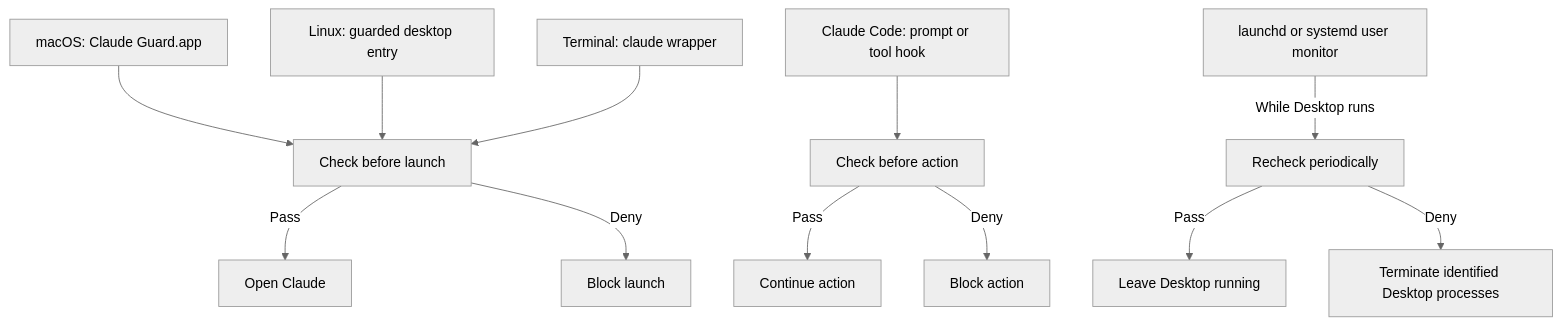
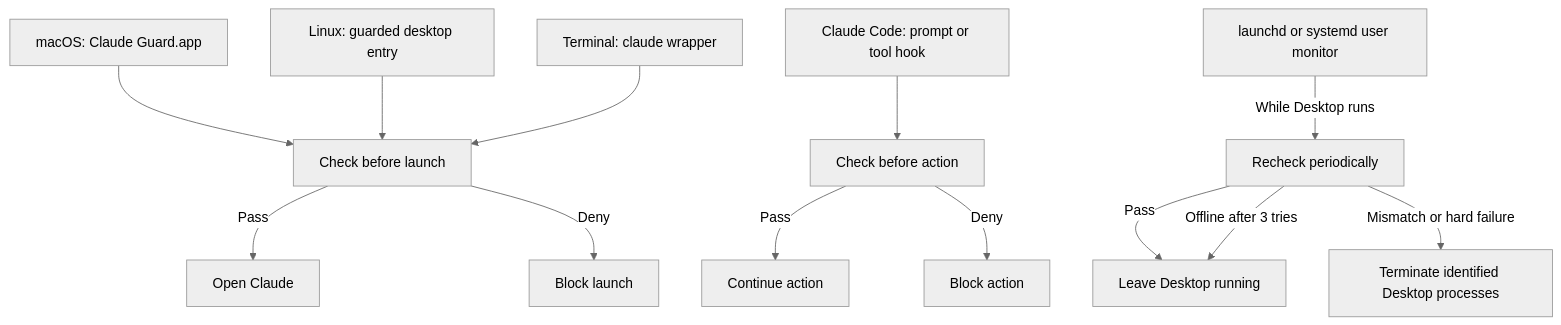
The diagram in README.md (mhbahmani/Claude-Geo-Guard), drawn with Mermaid (neutral theme) before and after one commit. The commit also changed other lines of this file and 17 other files, not shown here.

````diff
--- a/README.md
+++ b/README.md
@@ -57,16 +57,17 @@
 ```mermaid
 flowchart TD
     Mac["macOS: Claude Guard.app"] --> Launch["Check before launch"]
     Linux["Linux: guarded desktop entry"] --> Launch
     CLI["Terminal: claude wrapper"] --> Launch
     Launch -->|Pass| Start["Open Claude"]
     Launch -->|Deny| Block["Block launch"]
 
     Hook["Claude Code: prompt or tool hook"] --> Action["Check before action"]
     Action -->|Pass| Allow["Continue action"]
     Action -->|Deny| Reject["Block action"]
 
     Monitor["launchd or systemd user monitor"] -->|While Desktop runs| Recheck["Recheck periodically"]
     Recheck -->|Pass| Keep["Leave Desktop running"]
-    Recheck -->|Deny| Stop["Terminate identified Desktop processes"]
+    Recheck -->|Offline after 3 tries| Keep
+    Recheck -->|Mismatch or hard failure| Stop["Terminate identified Desktop processes"]
 ```
````
